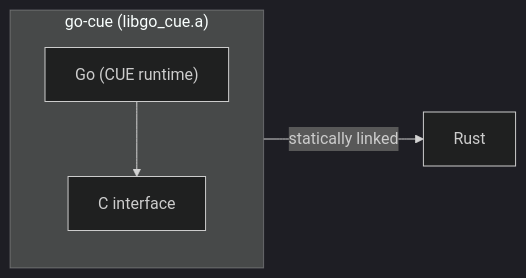
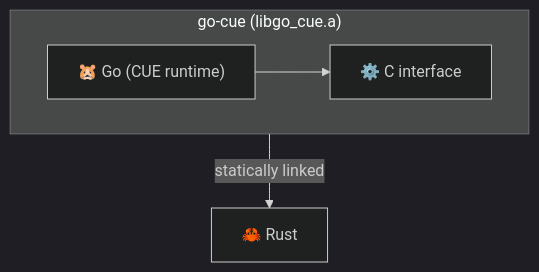
Before and after one commit to Mr-Leshiy/cue-rs: the diagram in README.md, drawn with Mermaid (dark theme).

Commit message:
cleanup diagram

````diff
--- a/README.md
+++ b/README.md
@@ -7,10 +7,10 @@
 ```mermaid
-flowchart LR
+flowchart TD
     subgraph go-cue ["go-cue (libgo_cue.a)"]
-        Go["Go (CUE runtime)"]
-        C["C interface"]
+        Go["🐹 Go (CUE runtime)"]
+        C["⚙️ C interface"]
         Go --> C
     end
 
-    go-cue -->|"statically linked"| Rust["`Rust`"]
+    go-cue -->|"statically linked"| Rust["🦀 Rust"]
 ```
````
